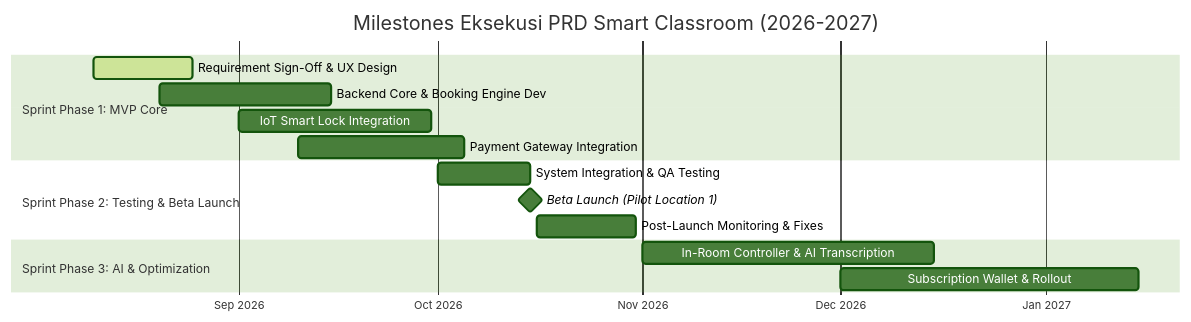
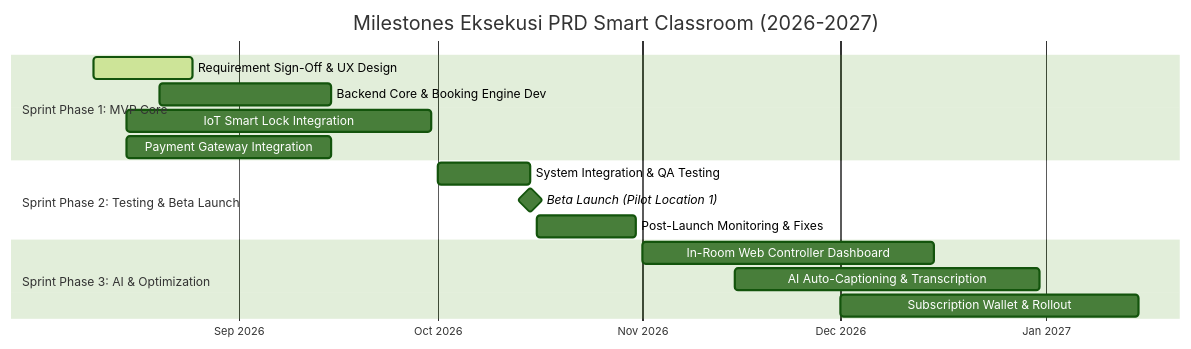
Before and after one commit to hudsam/vc-classroom: the diagram in docs/02_ProductRequirementDocument.md, drawn with Mermaid (forest theme). The commit also changed other lines of this file and 3 other files, not shown here.

````diff
--- a/docs/02_ProductRequirementDocument.md
+++ b/docs/02_ProductRequirementDocument.md
@@ -176,21 +184,22 @@
 ```mermaid
 gantt
     title Milestones Eksekusi PRD Smart Classroom (2026-2027)
     dateFormat  YYYY-MM-DD
     axisFormat  %b %Y
 
     section Sprint Phase 1: MVP Core
     Requirement Sign-Off & UX Design     :active, p1, 2026-08-10, 2026-08-25
     Backend Core & Booking Engine Dev    :p2, 2026-08-20, 2026-09-15
-    IoT Smart Lock Integration           :p3, 2026-09-01, 2026-09-30
-    Payment Gateway Integration          :p4, 2026-09-10, 2026-10-05
+    IoT Smart Lock Integration           :p3, 2026-08-15, 2026-09-30
+    Payment Gateway Integration          :p4, 2026-08-15, 2026-09-15
 
     section Sprint Phase 2: Testing & Beta Launch
     System Integration & QA Testing      :t1, 2026-10-01, 2026-10-15
     Beta Launch (Pilot Location 1)       :milestone, m1, 2026-10-15, 2026-10-15
     Post-Launch Monitoring & Fixes       :t2, 2026-10-16, 2026-10-31
 
     section Sprint Phase 3: AI & Optimization
-    In-Room Controller & AI Transcription :a1, 2026-11-01, 2026-12-15
+    In-Room Web Controller Dashboard     :a1, 2026-11-01, 2026-12-15
+    AI Auto-Captioning & Transcription   :a1b, 2026-11-15, 2026-12-31
     Subscription Wallet & Rollout        :a2, 2026-12-01, 2027-01-15
 ```
````
